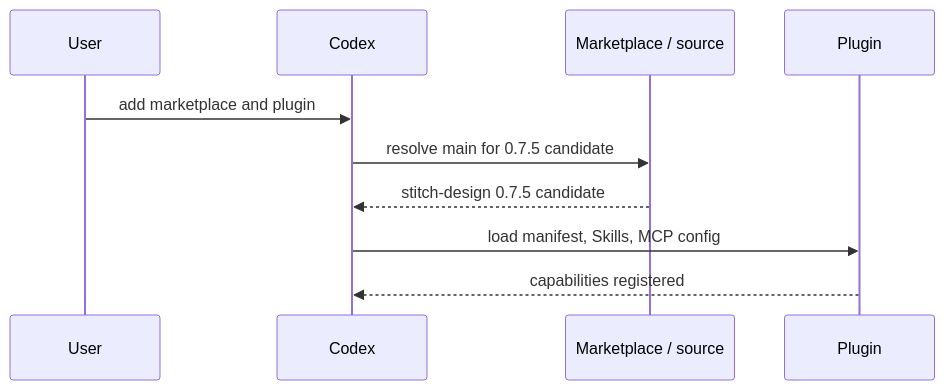
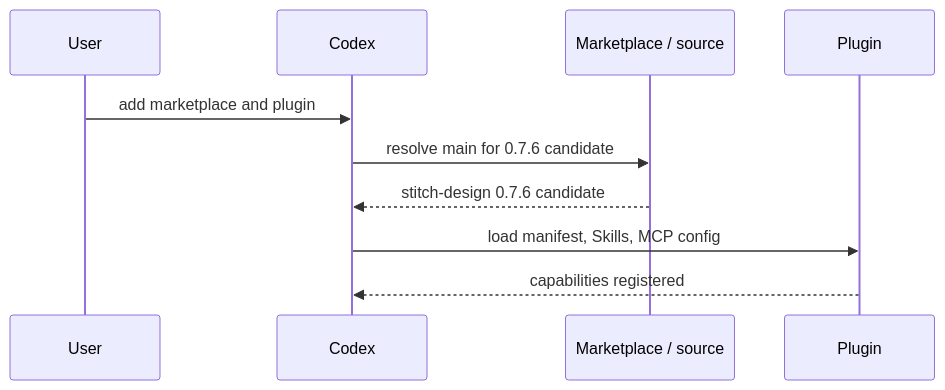
Before and after one commit to full-stack-plugins/stitch-design-plugin: the seventh of 11 diagrams in docs/Stitch-Design-Architecture.md, drawn with Mermaid. The commit also changed other lines of this file and 20 other files, not shown here.

````diff
--- a/docs/Stitch-Design-Architecture.md
+++ b/docs/Stitch-Design-Architecture.md
@@ -175,12 +175,12 @@
 ```mermaid
 sequenceDiagram
     participant U as User
     participant C as Codex
     participant M as Marketplace / source
     participant P as Plugin
     U->>C: add marketplace and plugin
-    C->>M: resolve main for 0.7.5 candidate
-    M-->>C: stitch-design 0.7.5 candidate
+    C->>M: resolve main for 0.7.6 candidate
+    M-->>C: stitch-design 0.7.6 candidate
     C->>P: load manifest, Skills, MCP config
     P-->>C: capabilities registered
 ```
````
